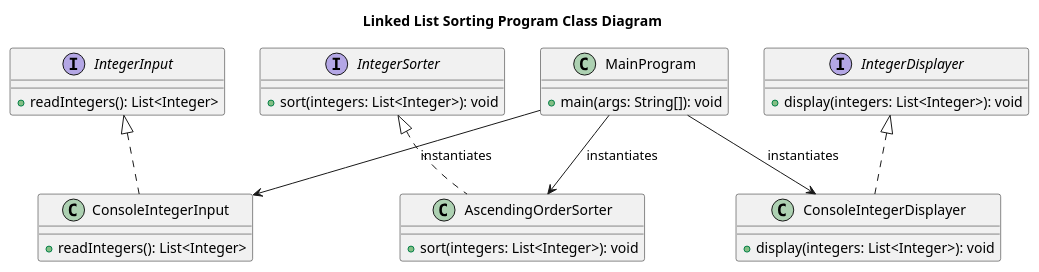
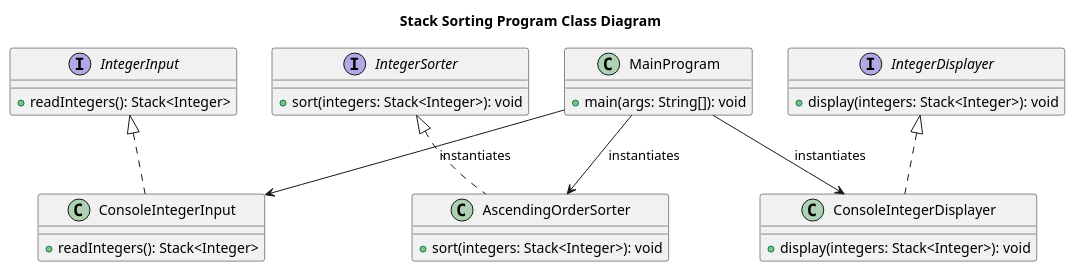
Before and after one commit to Merrimack-KM/IntegerSorter: the diagram in uml.plantuml, drawn with PlantUML. The commit also changed 7 other files, not shown here.

```diff
--- a/uml.plantuml
+++ b/uml.plantuml
@@ -1,36 +1,36 @@
 @startuml
-title Linked List Sorting Program Class Diagram
+title Stack Sorting Program Class Diagram
 
 interface IntegerInput {
-    + readIntegers(): List<Integer>
+    + readIntegers(): Stack<Integer>
 }
 
 interface IntegerSorter {
-    + sort(integers: List<Integer>): void
+    + sort(integers: Stack<Integer>): void
 }
 
 interface IntegerDisplayer {
-    + display(integers: List<Integer>): void
+    + display(integers: Stack<Integer>): void
 }
 
 class ConsoleIntegerInput implements IntegerInput {
-    + readIntegers(): List<Integer>
+    + readIntegers(): Stack<Integer>
 }
 
 class AscendingOrderSorter implements IntegerSorter {
-    + sort(integers: List<Integer>): void
+    + sort(integers: Stack<Integer>): void
 }
 
 class ConsoleIntegerDisplayer implements IntegerDisplayer {
-    + display(integers: List<Integer>): void
+    + display(integers: Stack<Integer>): void
 }
 
 class MainProgram {
     + main(args: String[]): void
 }
 
 MainProgram --> ConsoleIntegerInput : instantiates
 MainProgram --> AscendingOrderSorter : instantiates
 MainProgram --> ConsoleIntegerDisplayer : instantiates
 
 @enduml
```
